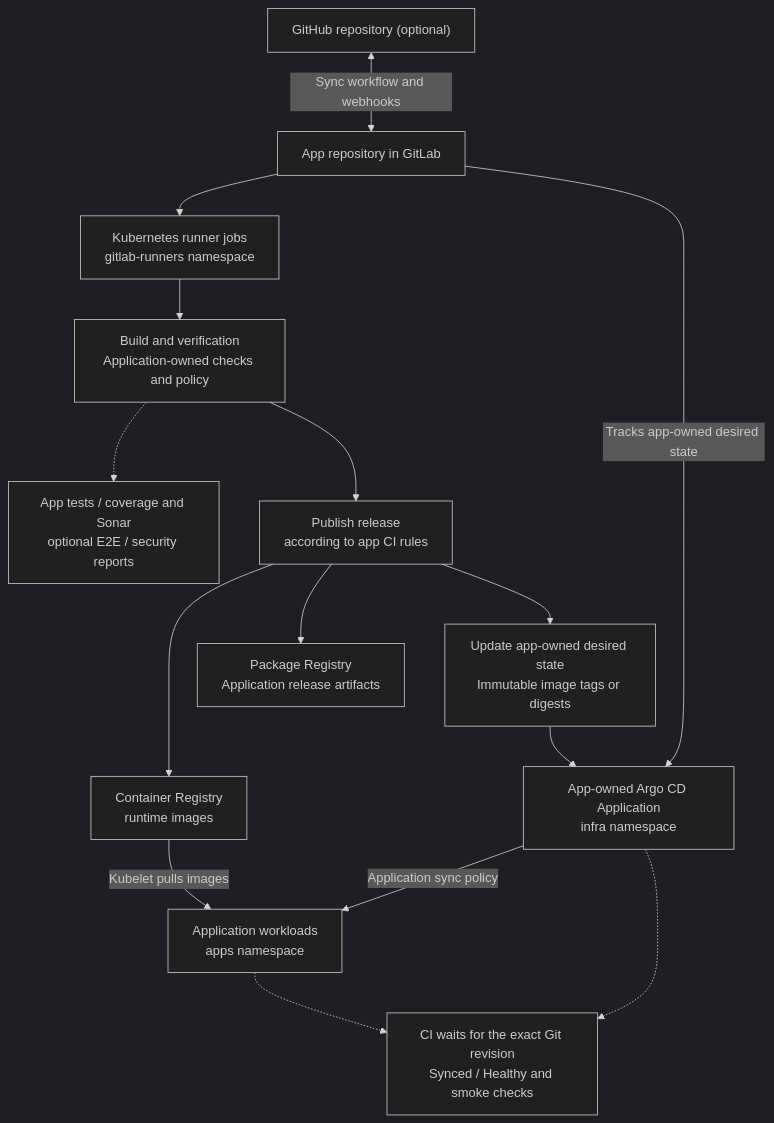
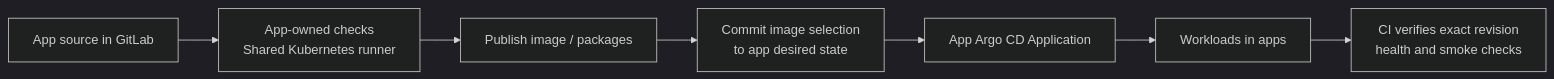
Before and after one commit to chefzaid/bm-cluster: the diagram in docs/delivery.md, drawn with Mermaid (dark theme). The commit also changed other lines of this file and 22 other files, not shown here.

````diff
--- a/docs/delivery.md
+++ b/docs/delivery.md
@@ -45,19 +26,11 @@
 ```mermaid
-flowchart TB
-    accTitle: Application CI and GitOps delivery
-    accDescr: App CI publishes outputs and commits image selection to Git; app-owned Argo Applications reconcile workloads and CI verifies rollout.
-    GitHub["GitHub repository (optional)"] <-->|"Sync workflow and webhooks"| GitLab["App repository in GitLab"]
-    GitLab --> Runner["Kubernetes runner jobs<br/>gitlab-runners namespace"]
-    Runner --> Build["Build and verification<br/>Application-owned checks and policy"]
-    Build -.-> Reports["App tests / coverage and Sonar<br/>optional E2E / security reports"]
-    Build --> Publish["Publish release<br/>according to app CI rules"]
-    Publish --> Images["Container Registry<br/>runtime images"]
-    Publish --> Packages["Package Registry<br/>Application release artifacts"]
-    Publish --> Commit["Update app-owned desired state<br/>Immutable image tags or digests"]
-    GitLab -->|"Tracks app-owned desired state"| Argo["App-owned Argo CD Application<br/>infra namespace"]
-    Commit --> Argo
-    Argo -->|"Application sync policy"| Apps["Application workloads<br/>apps namespace"]
-    Images -->|"Kubelet pulls images"| Apps
-    Apps -.-> Verify["CI waits for the exact Git revision<br/>Synced / Healthy and smoke checks"]
-    Argo -.-> Verify
+flowchart LR
+    accTitle: Application delivery
+    accDescr: Application CI checks source, publishes an image and commits its selection. Argo CD deploys it and CI verifies that exact revision.
+    Source["App source in GitLab"] --> CI["App-owned checks<br/>Shared Kubernetes runner"]
+    CI --> Publish["Publish image / packages"]
+    Publish --> Commit["Commit image selection<br/>to app desired state"]
+    Commit --> Argo["App Argo CD Application"]
+    Argo --> Runtime["Workloads in apps"]
+    Runtime --> Verify["CI verifies exact revision<br/>health and smoke checks"]
 ```
````
